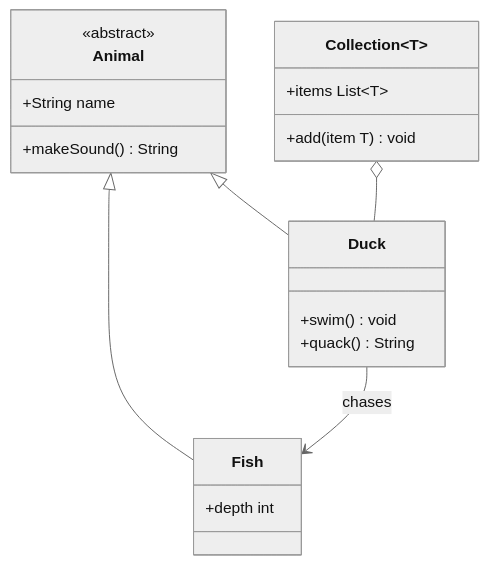
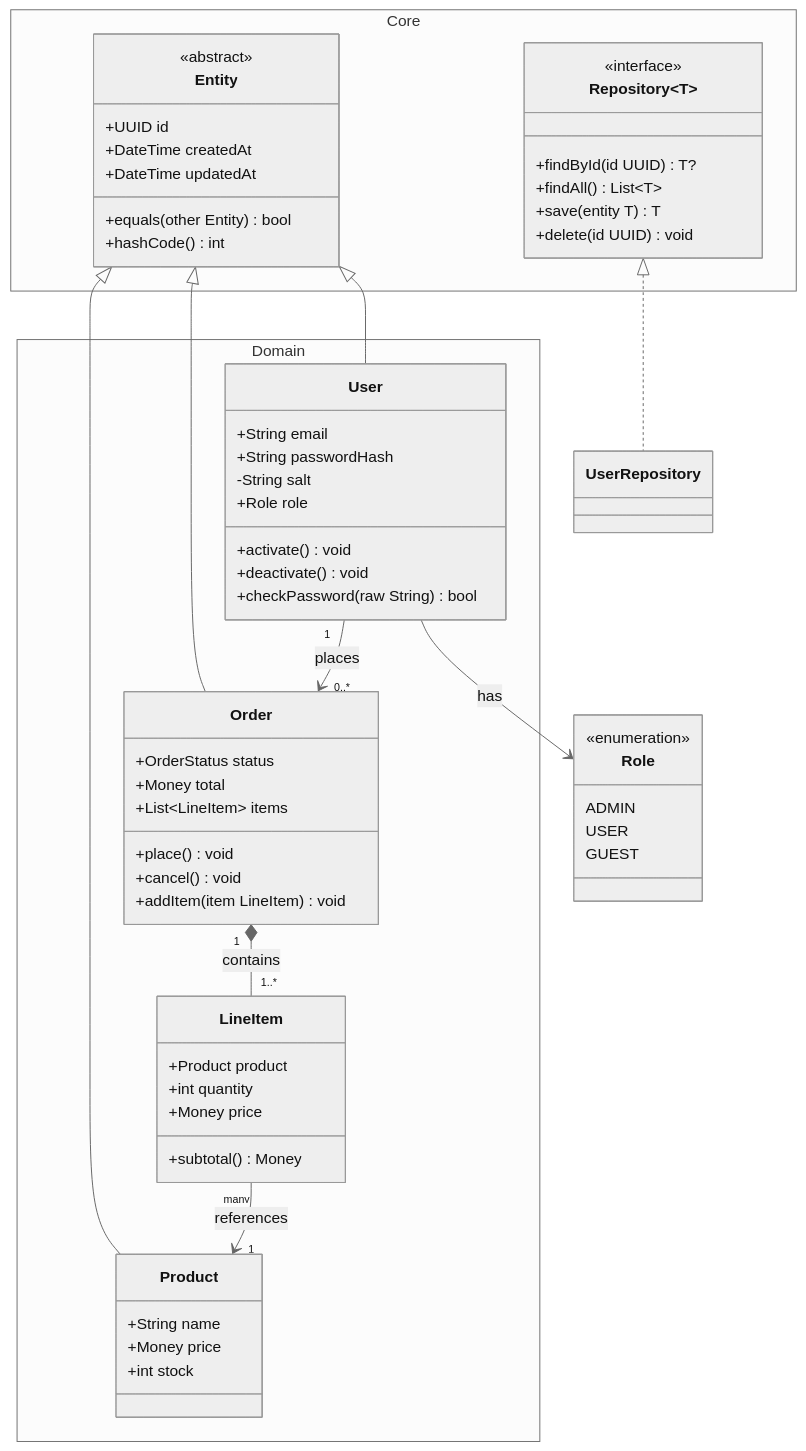
One commit to sc2in/pozeiden changed the diagram in examples/class.mmd. Above: the diagram before and after it, drawn with Mermaid (neutral theme). The commit also changed 17 other files, not shown here.

Commit message:
feat: enhance example diagrams and update rendering logic for improved structure and clarity

```diff
--- a/examples/class.mmd
+++ b/examples/class.mmd
@@ -1,20 +1,64 @@
 classDiagram
-    class Animal <<abstract>> {
-        +String name
-        +makeSound() String
+    direction TB
+    namespace Core {
+        class Entity {
+            <<abstract>>
+            +UUID id
+            +DateTime createdAt
+            +DateTime updatedAt
+            +equals(other Entity) bool
+            +hashCode() int
+        }
+        class Repository~T~ {
+            <<interface>>
+            +findById(id UUID) T?
+            +findAll() List~T~
+            +save(entity T) T
+            +delete(id UUID) void
+        }
     }
-    class Duck {
-        +swim() void
-        +quack() String
+    namespace Domain {
+        class User {
+            +String email
+            +String passwordHash
+            -String salt
+            +Role role
+            +activate() void
+            +deactivate() void
+            +checkPassword(raw String) bool
+        }
+        class Order {
+            +OrderStatus status
+            +Money total
+            +List~LineItem~ items
+            +place() void
+            +cancel() void
+            +addItem(item LineItem) void
+        }
+        class LineItem {
+            +Product product
+            +int quantity
+            +Money price
+            +subtotal() Money
+        }
+        class Product {
+            +String name
+            +Money price
+            +int stock
+        }
     }
-    class Fish {
-        +depth int
+    class Role {
+        <<enumeration>>
+        ADMIN
+        USER
+        GUEST
     }
-    class Collection~T~ {
-        +items List~T~
-        +add(item T) void
-    }
-    Animal <|-- Duck
-    Animal <|-- Fish
-    Duck --> Fish : chases
-    Collection~Duck~ o-- Duck
+
+    Entity <|-- User
+    Entity <|-- Order
+    Entity <|-- Product
+    Repository~User~ <|.. UserRepository
+    Order "1" *-- "1..*" LineItem : contains
+    LineItem "many" --> "1" Product : references
+    User "1" --> "0..*" Order : places
+    User --> Role : has
```
